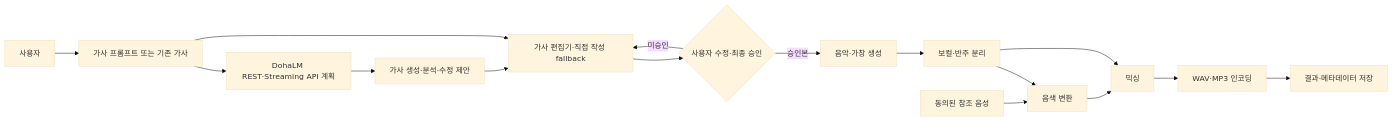
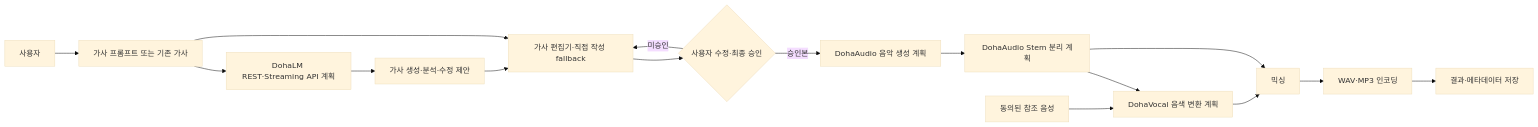
One commit to DohaStudio/DohaMusic changed the diagram in README.md. Above: the diagram before and after it, drawn with Mermaid (base theme). The commit also changed other lines of this file and 19 other files, not shown here.

````diff
--- a/README.md
+++ b/README.md
@@ -77,18 +81,18 @@
 ```mermaid
 flowchart LR
   U[사용자] --> I[가사 프롬프트 또는 기존 가사]
   I --> D[DohaLM REST·Streaming API 계획]
   D --> L[가사 생성·분석·수정 제안]
   I --> E[가사 편집기·직접 작성 fallback]
   L --> E
   E --> A{사용자 수정·최종 승인}
   A -->|미승인| E
-  A -->|승인본| G[음악·가창 생성]
-  G --> S[보컬·반주 분리]
-  R[동의된 참조 음성] --> V[음색 변환]
+  A -->|승인본| G[DohaAudio 음악 생성 계획]
+  G --> S[DohaAudio Stem 분리 계획]
+  R[동의된 참조 음성] --> V[DohaVocal 음색 변환 계획]
   S --> V
   S --> M[믹싱]
   V --> M
   M --> ENC[WAV·MP3 인코딩]
   ENC --> O[결과·메타데이터 저장]
 ```
````
